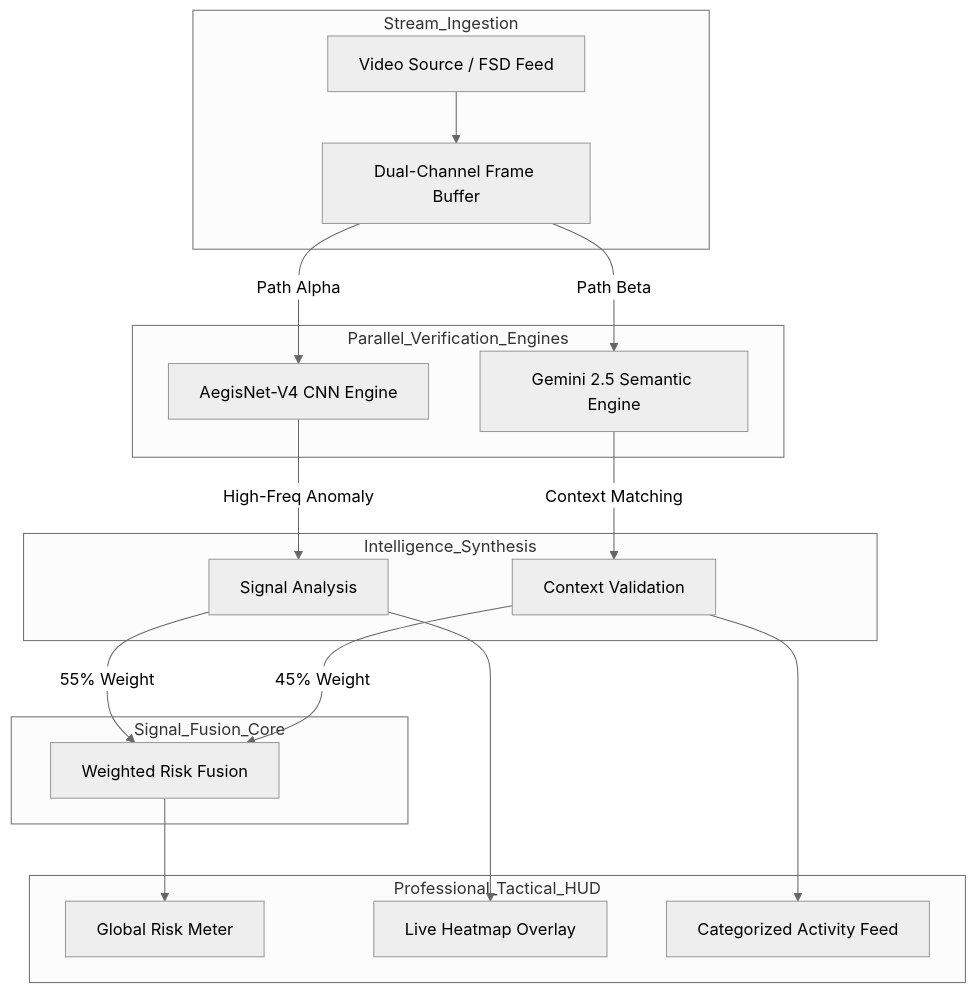
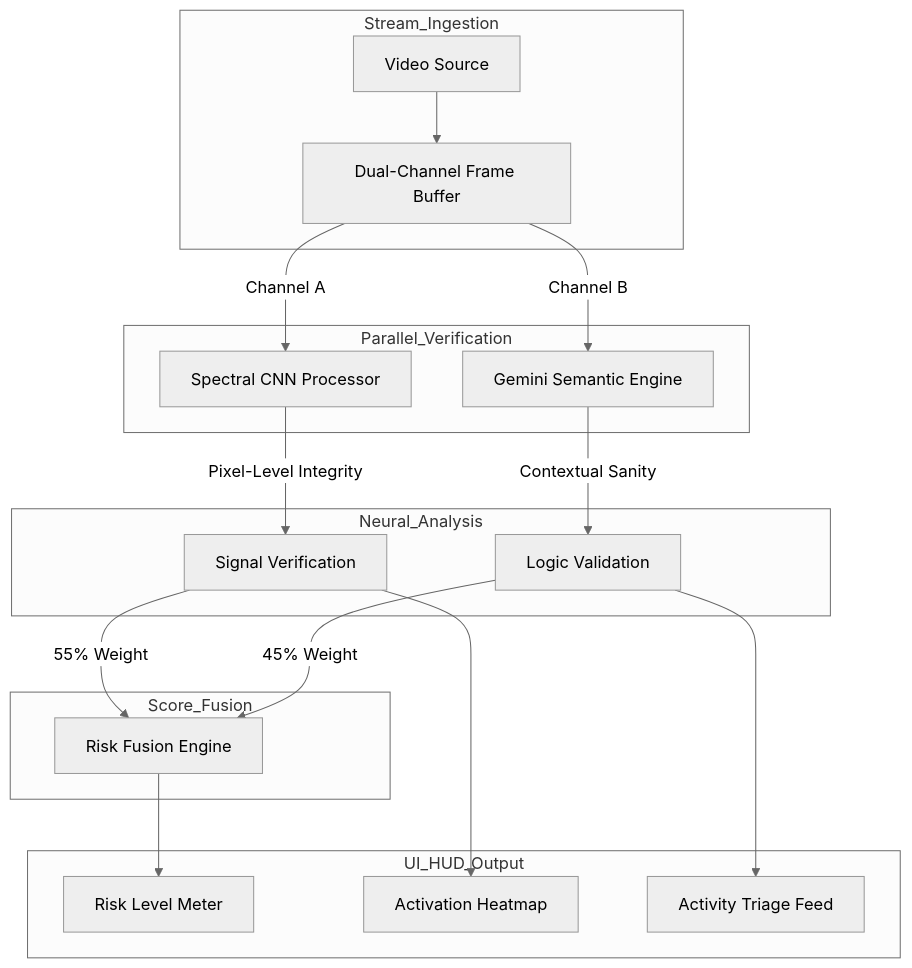
The first of 3 diagrams in documentation.md (ritvikindupuri/FSD_Security), drawn with Mermaid (neutral theme) before and after one commit. The commit also changed other lines of this file and 2 other files, not shown here.

````diff
--- a/documentation.md
+++ b/documentation.md
@@ -42,27 +39,27 @@
 ```mermaid
 graph TD
     subgraph Stream_Ingestion
-    VS[Video Source / FSD Feed] --> FB[Dual-Channel Frame Buffer]
+    VS[Video Source] --> FB[Dual-Channel Frame Buffer]
     end
     
-    subgraph Parallel_Verification_Engines
-    FB --> |Path Alpha| CNN[AegisNet-V4 CNN Engine]
-    FB --> |Path Beta| GEM[Gemini 2.5 Semantic Engine]
+    subgraph Parallel_Verification
+    FB --> |Channel A| CNN[Spectral CNN Processor]
+    FB --> |Channel B| GEM[Gemini Semantic Engine]
     end
     
-    subgraph Intelligence_Synthesis
-    CNN --> |High-Freq Anomaly| SA[Signal Analysis]
-    GEM --> |Context Matching| CV[Context Validation]
+    subgraph Neural_Analysis
+    CNN --> |Pixel-Level Integrity| SA[Signal Verification]
+    GEM --> |Contextual Sanity| CV[Logic Validation]
     end
     
-    subgraph Signal_Fusion_Core
-    SA --> |55% Weight| FUS[Weighted Risk Fusion]
+    subgraph Score_Fusion
+    SA --> |55% Weight| FUS[Risk Fusion Engine]
     CV --> |45% Weight| FUS
     end
     
-    subgraph Professional_Tactical_HUD
-    FUS --> RM[Global Risk Meter]
-    SA --> HM[Live Heatmap Overlay]
-    CV --> AF[Categorized Activity Feed]
+    subgraph UI_HUD_Output
+    FUS --> RM[Risk Level Meter]
+    SA --> HM[Activation Heatmap]
+    CV --> AF[Activity Triage Feed]
     end
 ```
````
